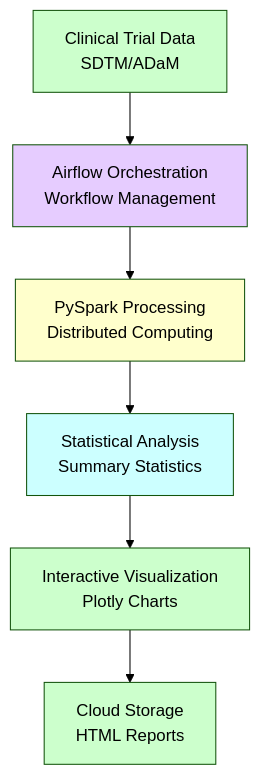
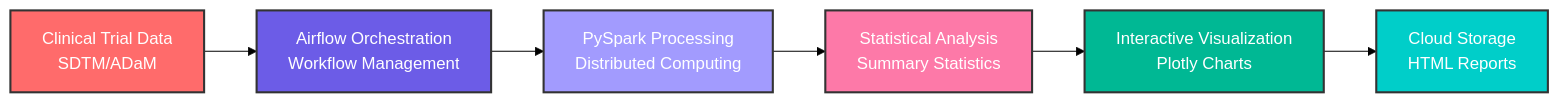
One commit to taylor-curran/SAS changed the second of 2 diagrams in README.md. Above: the diagram before and after it, drawn with Mermaid (forest theme). The commit also changed other lines of this file, not shown here.

Commit message:
Update mermaid diagrams to use left-to-right layout and improve dark mode visibility
- Changed flowchart direction from TD (top-down) to LR (left-right) for better readability
- Added dark-mode friendly colors with better contrast and white text on colored backgrounds
- Added stroke borders and consistent styling for improved visibility in GitHub dark theme
- Maintained simplified high-level conceptual flow structure

````diff
--- a/README.md
+++ b/README.md
@@ -31,15 +31,15 @@
 ```mermaid
-flowchart TD
+flowchart LR
     A[Clinical Trial Data<br/>SDTM/ADaM] --> B[Airflow Orchestration<br/>Workflow Management]
     B --> C[PySpark Processing<br/>Distributed Computing]
     C --> D[Statistical Analysis<br/>Summary Statistics]
     D --> E[Interactive Visualization<br/>Plotly Charts]
     E --> F[Cloud Storage<br/>HTML Reports]
     
-    style A fill:#ccffcc
-    style B fill:#e6ccff
-    style C fill:#ffffcc
-    style D fill:#ccffff
-    style E fill:#ccffcc
-    style F fill:#ccffcc
+    style A fill:#ff6b6b,stroke:#333,stroke-width:2px,color:#fff
+    style B fill:#6c5ce7,stroke:#333,stroke-width:2px,color:#fff
+    style C fill:#a29bfe,stroke:#333,stroke-width:2px,color:#fff
+    style D fill:#fd79a8,stroke:#333,stroke-width:2px,color:#fff
+    style E fill:#00b894,stroke:#333,stroke-width:2px,color:#fff
+    style F fill:#00cec9,stroke:#333,stroke-width:2px,color:#fff
 ```
````
